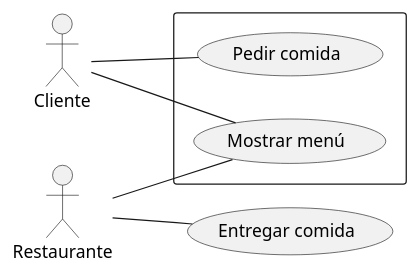
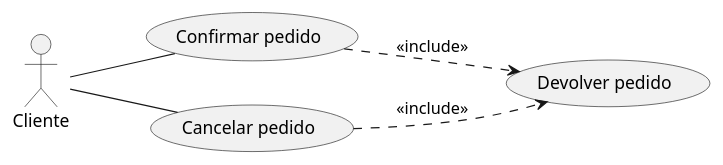
One commit to CorazaNegra/CasosDeUsos1 changed the diagram in CasosDeUso1.puml. Above: the diagram before and after it, drawn with PlantUML.

Commit message:
relación include

```diff
--- a/CasosDeUso1.puml
+++ b/CasosDeUso1.puml
@@ -1,16 +1,14 @@
 @startuml
 
 left to right direction
 actor "Cliente" as cl
-actor "Restaurante" as rt
-rectangle {
-  usecase "Mostrar menú" as UC1
-  usecase "Pedir comida" as UC2
-}
-usecase "Entregar comida" as UC3
+
+usecase "Confirmar pedido" as UC1
+usecase "Cancelar pedido" as UC2
+usecase "Devolver pedido" as UC3
 cl -- UC1
 cl -- UC2
-rt -- UC1
-rt -- UC3
+UC1 ..> UC3 : <<include>>
+UC2 ..> UC3 : <<include>>
 
 @enduml
```
